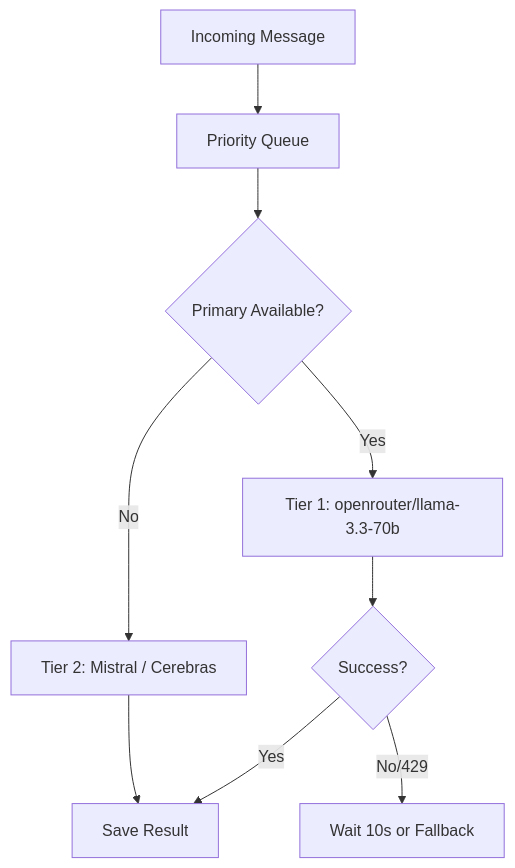
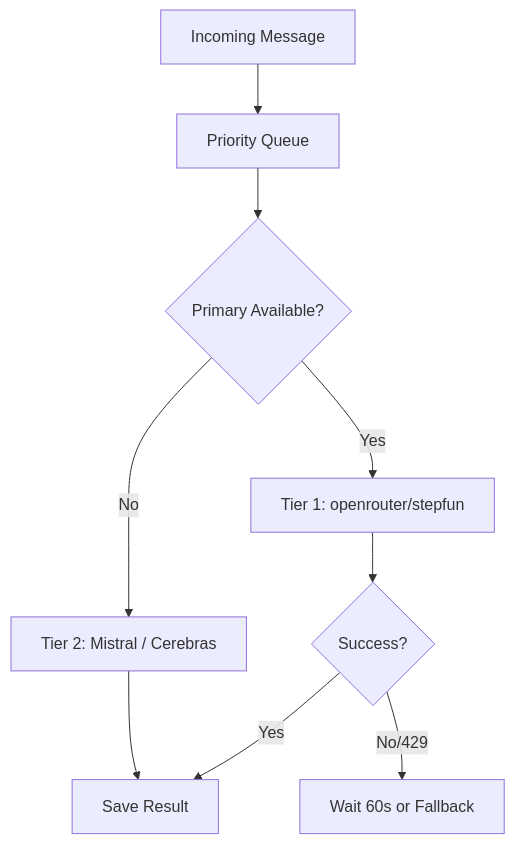
The diagram in docs/PROVIDERS.md (Ducky705/Live-Pick-Scraper), drawn with Mermaid before and after one commit. The commit also changed other lines of this file and 16 other files, not shown here.

````diff
--- a/docs/PROVIDERS.md
+++ b/docs/PROVIDERS.md
@@ -29,11 +29,11 @@
 ```mermaid
 graph TD
     A[Incoming Message] --> B[Priority Queue]
     B --> C{Primary Available?}
-    C -- Yes --> D[Tier 1: openrouter/llama-3.3-70b]
+    C -- Yes --> D[Tier 1: openrouter/stepfun]
     D --> E{Success?}
     E -- Yes --> F[Save Result]
-    E -- No/429 --> G[Wait 10s or Fallback]
+    E -- No/429 --> G[Wait 60s or Fallback]
     C -- No --> H[Tier 2: Mistral / Cerebras]
     H --> F
 ```
````
